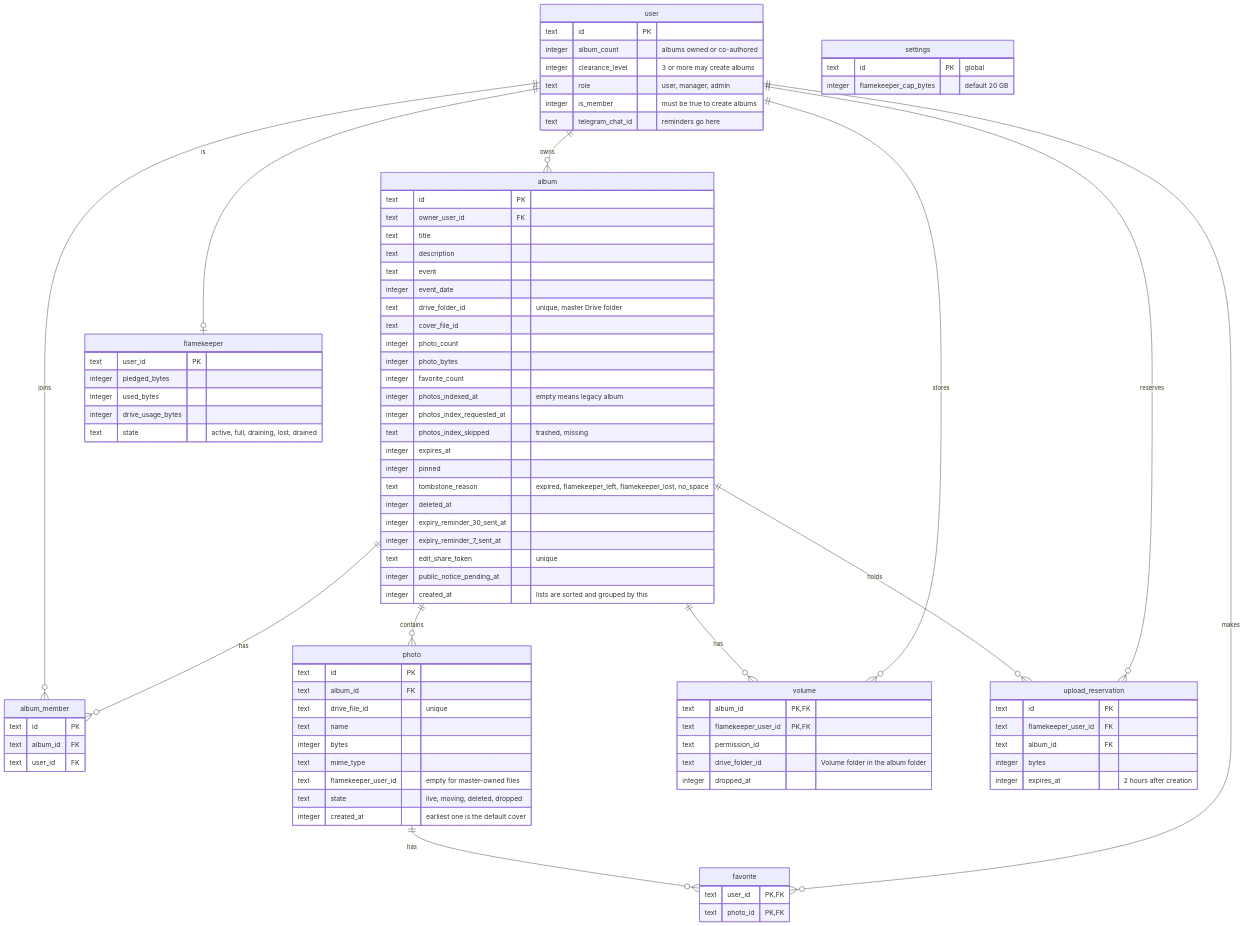
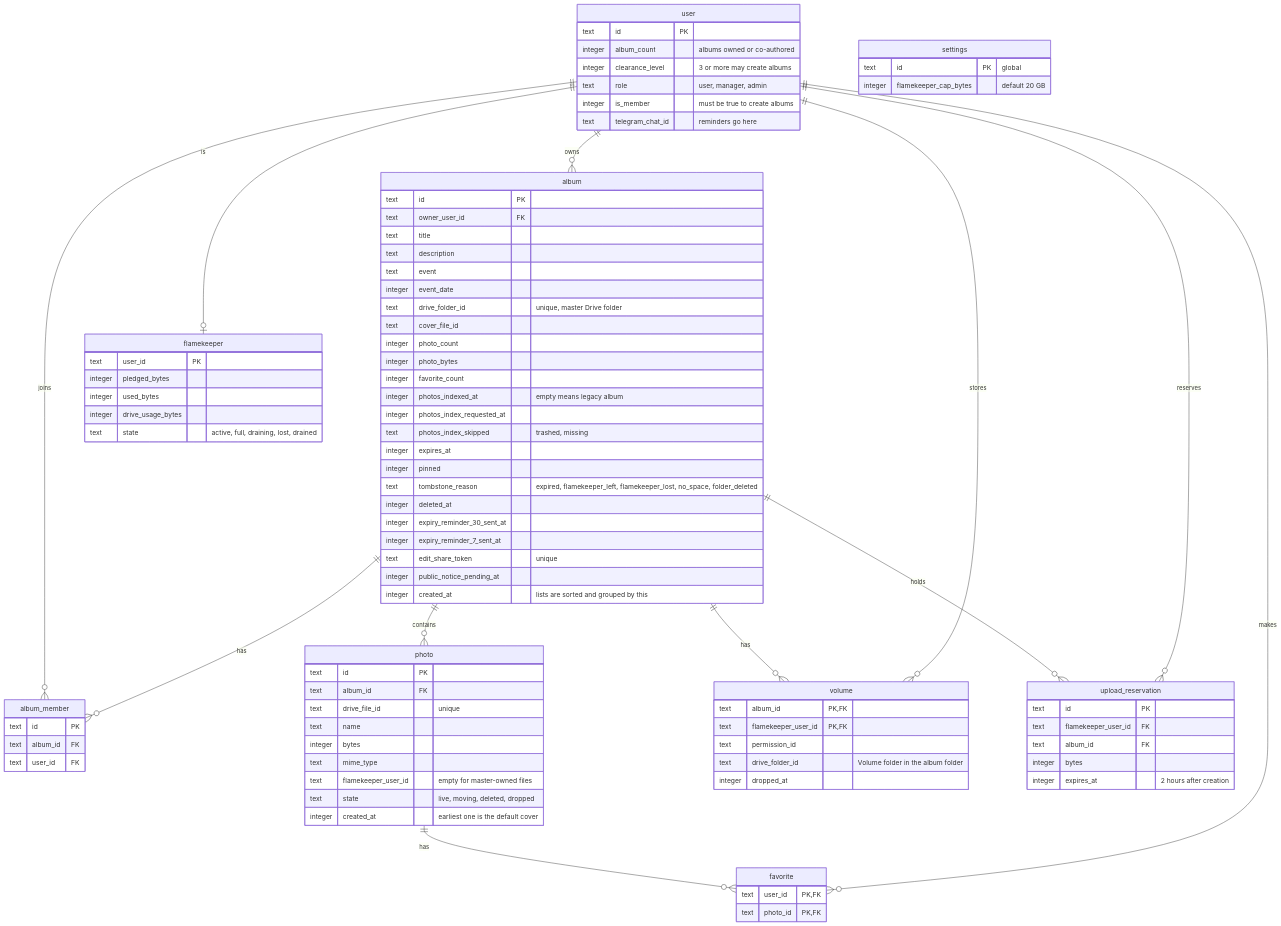
The diagram in docs/scenarios/albums/erd.md (sagyzdop/meriksirat), drawn with Mermaid before and after one commit. The commit also changed 27 other files, not shown here.

First line of the commit message:
feat(albums): turn deleted folders into warnings, admin can tombstone gone albums

```diff
--- a/docs/scenarios/albums/erd.md
+++ b/docs/scenarios/albums/erd.md
@@ -53,7 +53,7 @@
         text photos_index_skipped "trashed, missing"
         integer expires_at
         integer pinned
-        text tombstone_reason "expired, flamekeeper_left, flamekeeper_lost, no_space"
+        text tombstone_reason "expired, flamekeeper_left, flamekeeper_lost, no_space, folder_deleted"
         integer deleted_at
         integer expiry_reminder_30_sent_at
         integer expiry_reminder_7_sent_at
```
